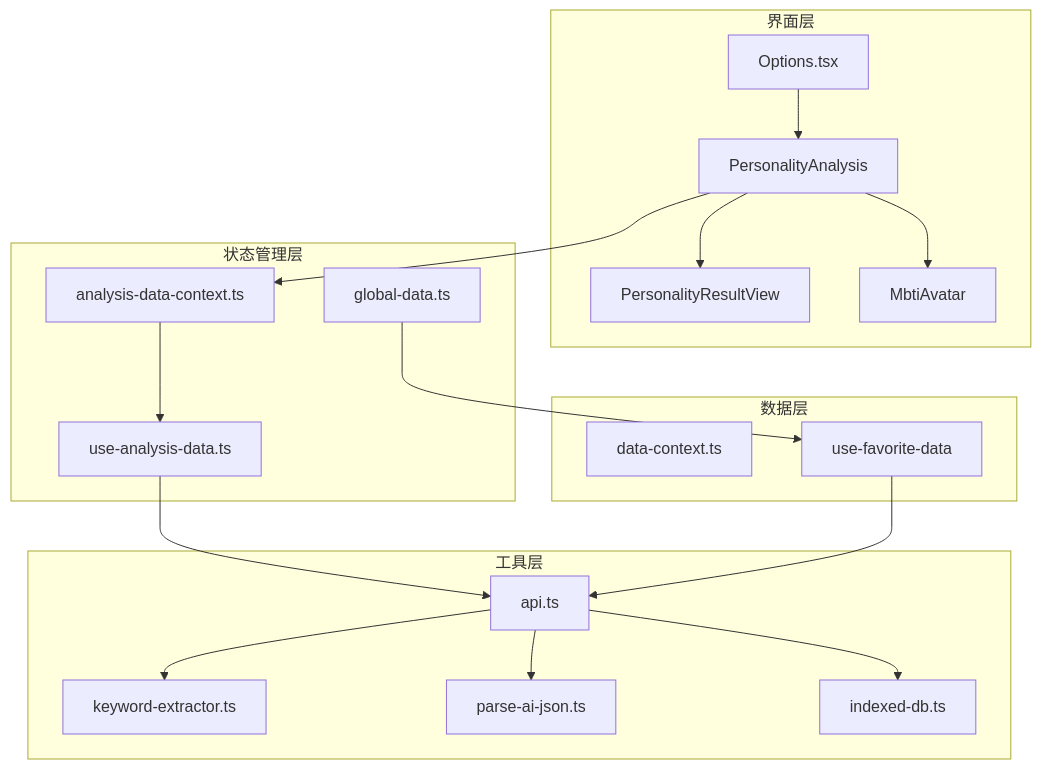
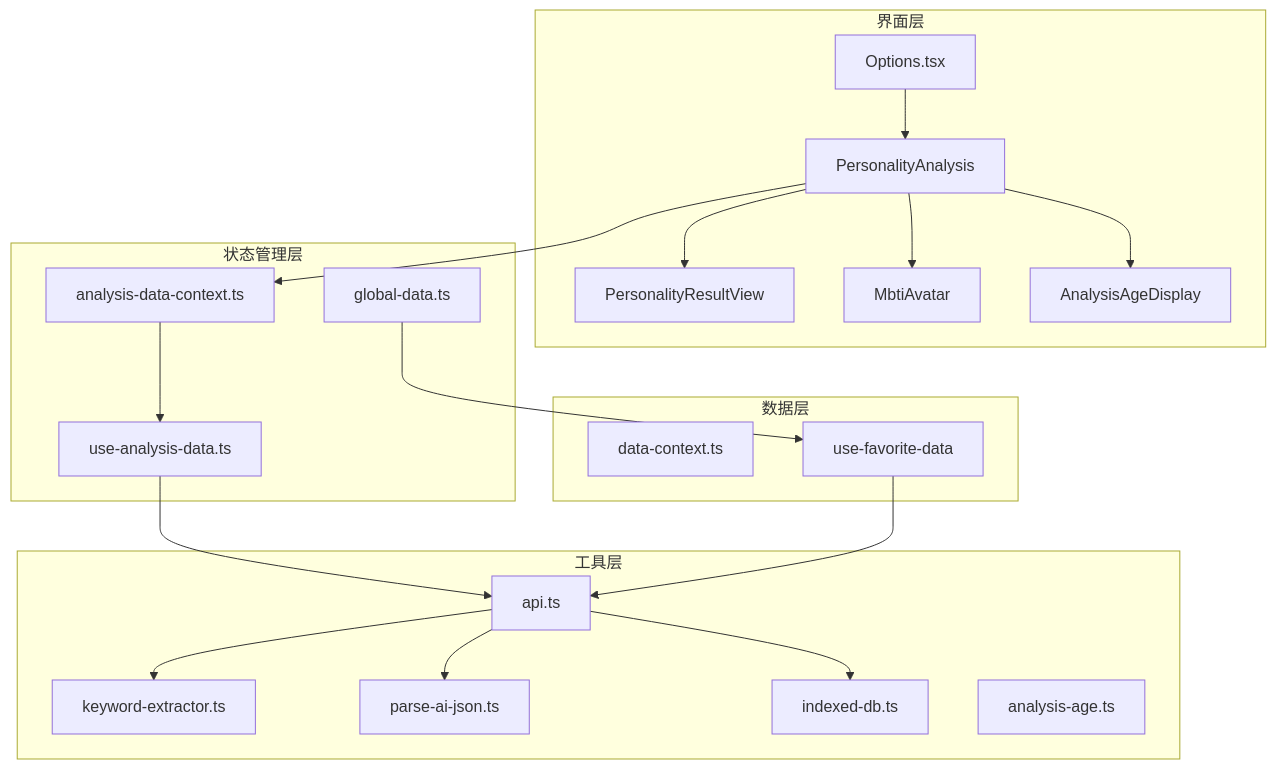
Before and after one commit to RadiumAg/bilibili-favorites: the first of 8 diagrams in .qoder/repowiki/zh/content/核心功能模块/智能分析系统/MBTI人格分析系统.md, drawn with Mermaid. The commit also changed other lines of this file and 47 other files, not shown here.

````diff
--- a/.qoder/repowiki/zh/content/核心功能模块/智能分析系统/MBTI人格分析系统.md
+++ b/.qoder/repowiki/zh/content/核心功能模块/智能分析系统/MBTI人格分析系统.md
@@ -42,35 +50,38 @@
 ```mermaid
 graph TB
 subgraph "界面层"
 Options[Options.tsx]
 Personality[PersonalityAnalysis]
 Result[PersonalityResultView]
 Avatar[MbtiAvatar]
+AgeDisplay[AnalysisAgeDisplay]
 end
 subgraph "状态管理层"
 GlobalStore[global-data.ts]
 AnalysisContext[analysis-data-context.ts]
 AnalysisData[use-analysis-data.ts]
 end
 subgraph "工具层"
 API[api.ts]
 KeywordExtractor[keyword-extractor.ts]
 ParseAI[parse-ai-json.ts]
 IndexedDB[indexed-db.ts]
+AgeUtils[analysis-age.ts]
 end
 subgraph "数据层"
 DataContext[data-context.ts]
 Hooks[use-favorite-data]
 end
 Options --> Personality
 Personality --> Result
 Personality --> Avatar
+Personality --> AgeDisplay
 Personality --> AnalysisContext
 AnalysisContext --> AnalysisData
 AnalysisData --> API
 API --> KeywordExtractor
 API --> ParseAI
 API --> IndexedDB
 GlobalStore --> Hooks
 Hooks --> API
 ```
````
